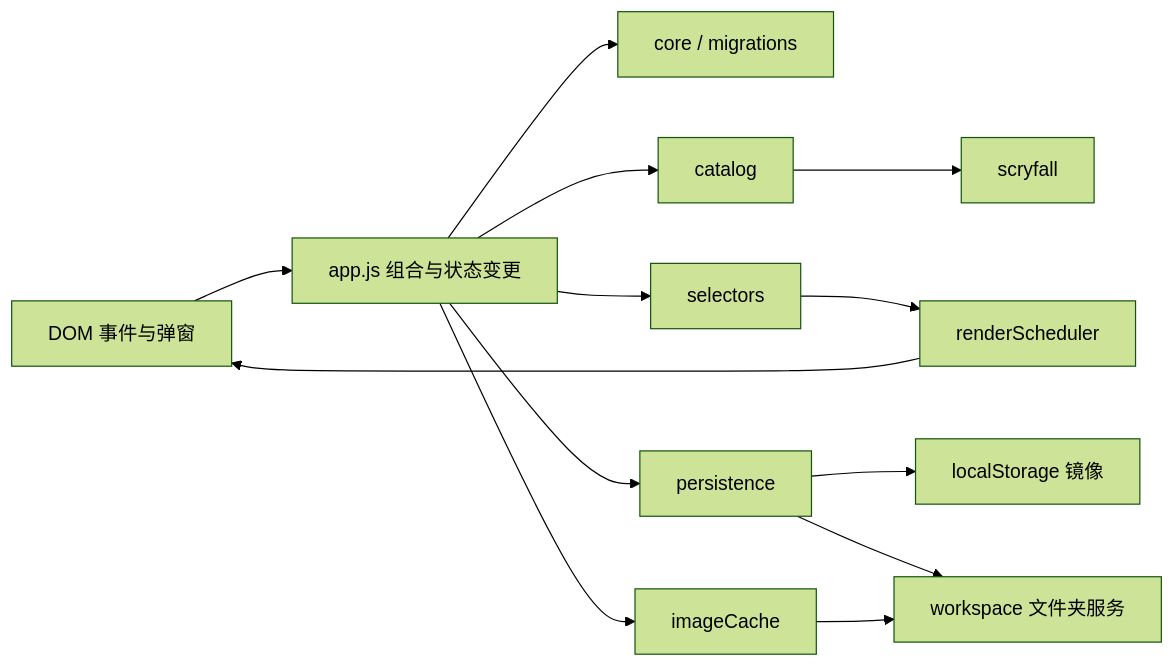
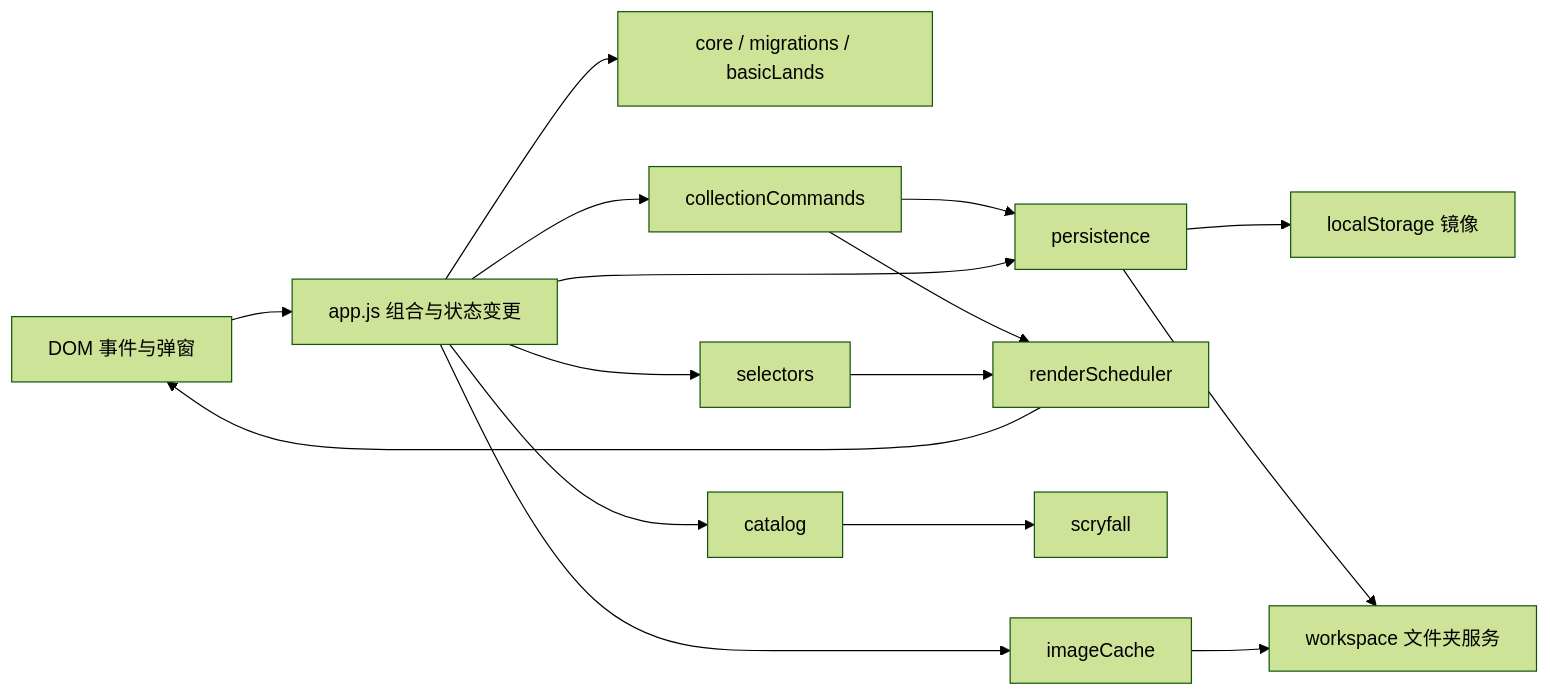
The diagram in docs/architecture.md (tiancaigk/arcana-cube), drawn with Mermaid (forest theme) before and after one commit. The commit also changed other lines of this file and 1 other file, not shown here.

Commit message:
Document maintainability architecture

````diff
--- a/docs/architecture.md
+++ b/docs/architecture.md
@@ -7,15 +7,18 @@
 ```mermaid
 flowchart LR
   UI["DOM 事件与弹窗"] --> APP["app.js 组合与状态变更"]
-  APP --> CORE["core / migrations"]
+  APP --> CORE["core / migrations / basicLands"]
+  APP --> COMMANDS["collectionCommands"]
+  COMMANDS --> PERSIST["persistence"]
+  COMMANDS --> RENDER["renderScheduler"]
   APP --> CATALOG["catalog"]
   CATALOG --> HTTP["scryfall"]
   APP --> SELECTORS["selectors"]
   SELECTORS --> RENDER["renderScheduler"]
   RENDER --> UI
   APP --> PERSIST["persistence"]
   PERSIST --> BROWSER["localStorage 镜像"]
   PERSIST --> WORKSPACE["workspace 文件夹服务"]
   APP --> IMAGES["imageCache"]
   IMAGES --> WORKSPACE
 ```
````
